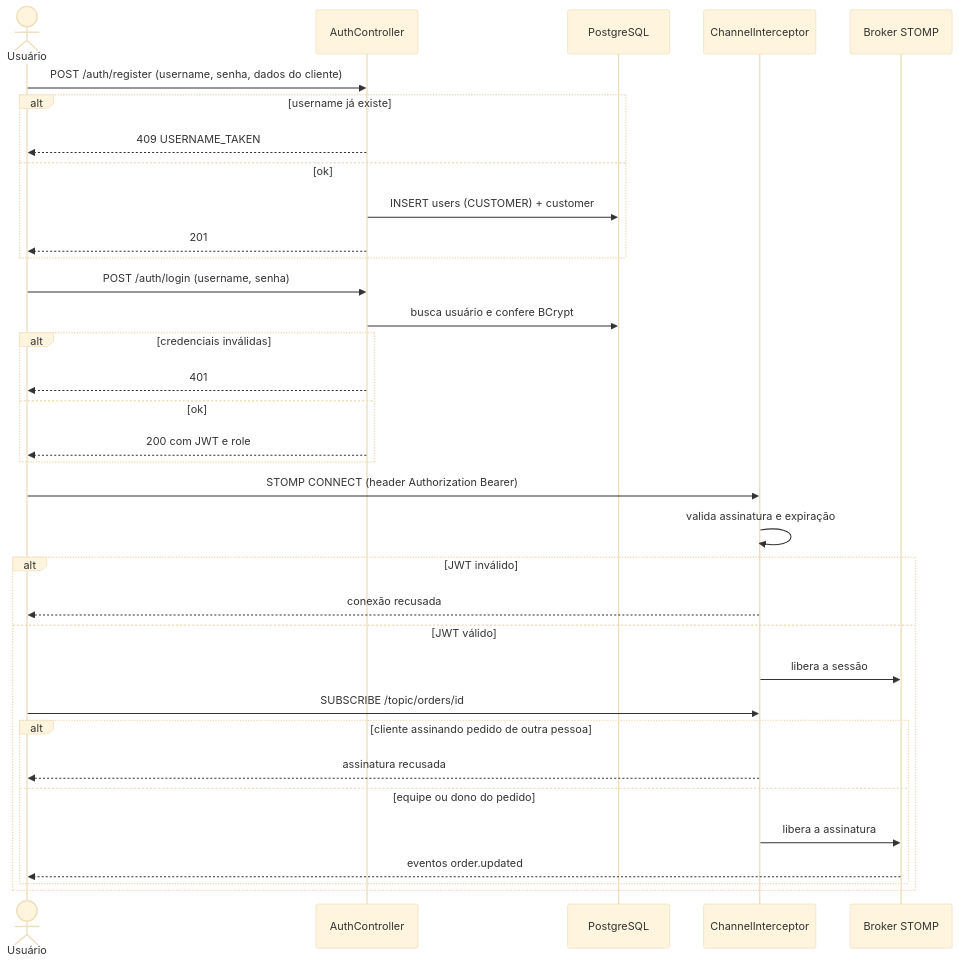
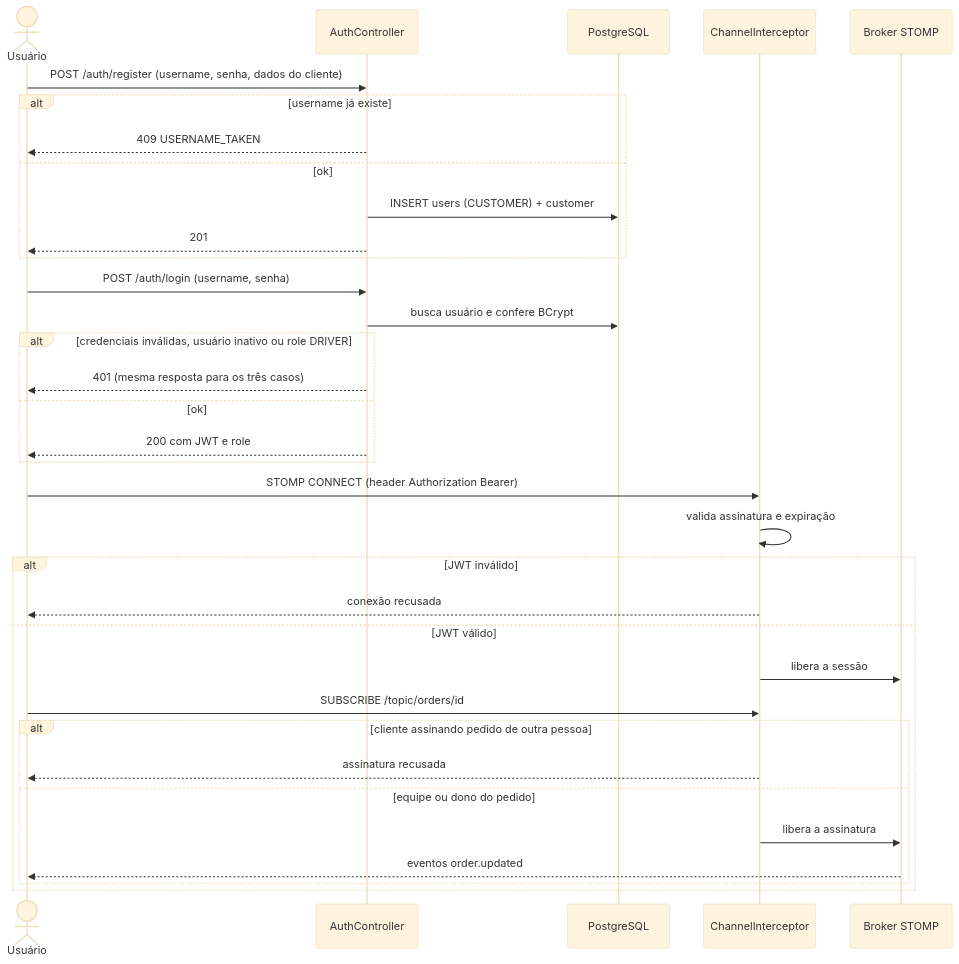
The seventh of 17 diagrams in docs/flows.md (Edryck/kj-fleets), drawn with Mermaid (base theme) before and after one commit. The commit also changed other lines of this file and 6 other files, not shown here.

````diff
--- a/docs/flows.md
+++ b/docs/flows.md
@@ -149,39 +149,39 @@
 ```mermaid
 sequenceDiagram
     actor U as Usuário
     participant A as AuthController
     participant DB as PostgreSQL
     participant I as ChannelInterceptor
     participant B as Broker STOMP
 
     U->>A: POST /auth/register (username, senha, dados do cliente)
     alt username já existe
         A-->>U: 409 USERNAME_TAKEN
     else ok
         A->>DB: INSERT users (CUSTOMER) + customer
         A-->>U: 201
     end
 
     U->>A: POST /auth/login (username, senha)
     A->>DB: busca usuário e confere BCrypt
-    alt credenciais inválidas
-        A-->>U: 401
+    alt credenciais inválidas, usuário inativo ou role DRIVER
+        A-->>U: 401 (mesma resposta para os três casos)
     else ok
         A-->>U: 200 com JWT e role
     end
 
     U->>I: STOMP CONNECT (header Authorization Bearer)
     I->>I: valida assinatura e expiração
     alt JWT inválido
         I-->>U: conexão recusada
     else JWT válido
         I->>B: libera a sessão
         U->>I: SUBSCRIBE /topic/orders/id
         alt cliente assinando pedido de outra pessoa
             I-->>U: assinatura recusada
         else equipe ou dono do pedido
             I->>B: libera a assinatura
             B-->>U: eventos order.updated
         end
     end
 ```
````
